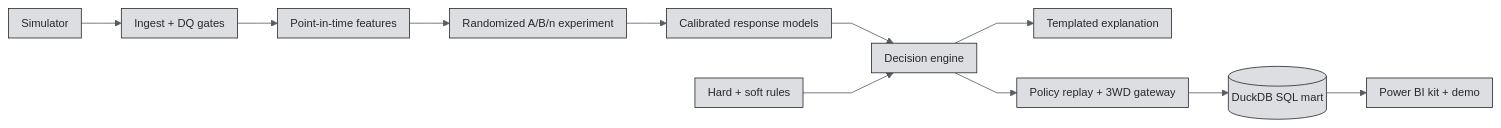
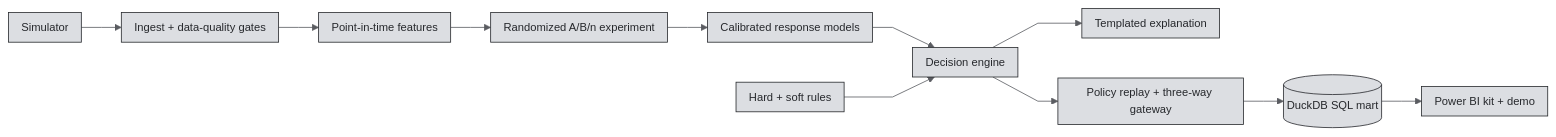
Before and after one commit to RafaelBraga-Kribitz/NextMove: the diagram in README.md, drawn with Mermaid. The commit also changed other lines of this file, not shown here.

````diff
--- a/README.md
+++ b/README.md
@@ -71,14 +132,14 @@
 ```mermaid
 %%{init: {"theme":"base","fontFamily":"BKribitz, system-ui, -apple-system, Segoe UI, Helvetica, Arial, sans-serif","themeVariables":{"background":"#E4E6EA","primaryColor":"#DCDEE2","primaryTextColor":"#26282C","primaryBorderColor":"#26282C","secondaryColor":"#E4E6EA","secondaryTextColor":"#26282C","secondaryBorderColor":"#5A5C61","tertiaryColor":"#E4E6EA","tertiaryTextColor":"#26282C","tertiaryBorderColor":"#C2C4CA","lineColor":"#5A5C61","textColor":"#26282C","mainBkg":"#DCDEE2","nodeBorder":"#26282C","clusterBkg":"#E4E6EA","clusterBorder":"#C2C4CA","edgeLabelBackground":"#E4E6EA","titleColor":"#26282C","fontFamily":"BKribitz, system-ui, -apple-system, Segoe UI, Helvetica, Arial, sans-serif","fontSize":"14px"},"flowchart":{"curve":"linear","htmlLabels":true,"padding":8}}}%%
 flowchart LR
-    sim[Simulator] --> ingest[Ingest + DQ gates]
+    sim[Simulator] --> ingest[Ingest + data-quality gates]
     ingest --> feat[Point-in-time features]
     feat --> exp[Randomized A/B/n experiment]
     exp --> models[Calibrated response models]
     models --> engine[Decision engine]
     rules[Hard + soft rules] --> engine
     engine --> explain[Templated explanation]
-    engine --> eval[Policy replay + 3WD gateway]
+    engine --> eval[Policy replay + three-way gateway]
     eval --> mart[(DuckDB SQL mart)]
     mart --> bi[Power BI kit + demo]
 ```
````
